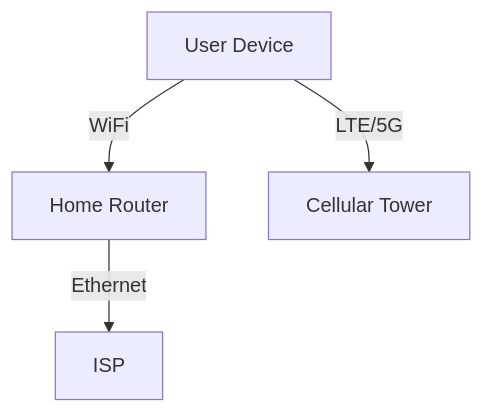
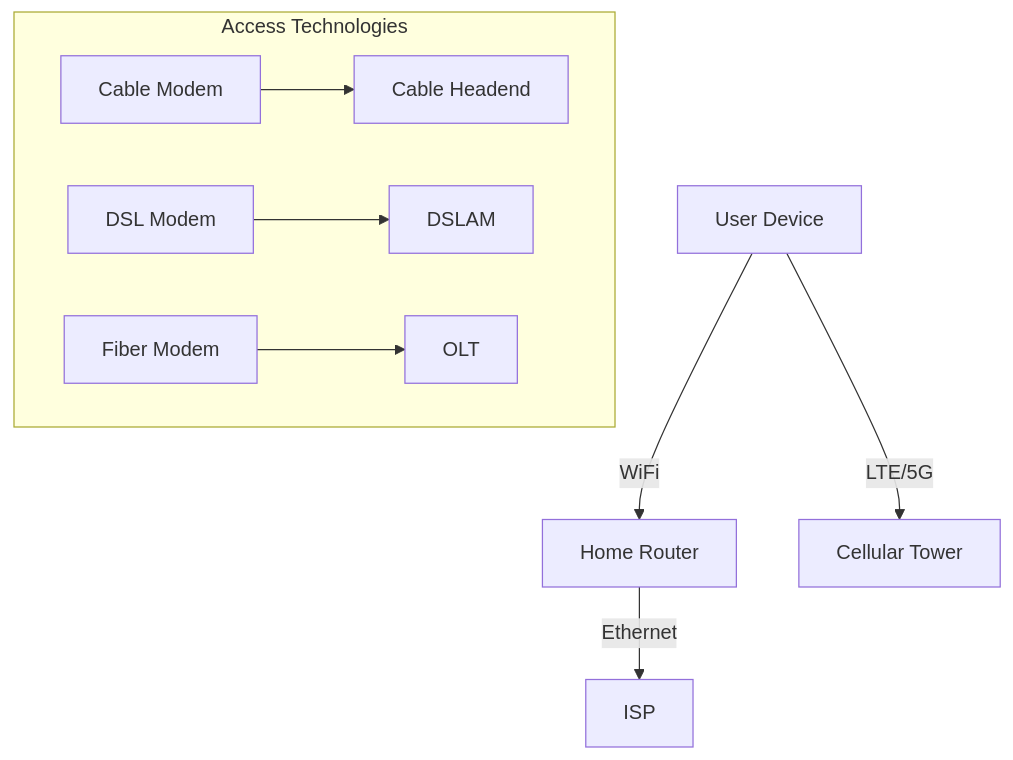
Before and after one commit to Attash2312/cntheory: the diagram in ch1/1.2_The_Network_Edge.md, drawn with Mermaid. The commit also changed other lines of this file and 79 other files, not shown here.

````diff
--- a/ch1/1.2_The_Network_Edge.md
+++ b/ch1/1.2_The_Network_Edge.md
@@ -50,6 +85,12 @@
 ```mermaid
 graph TD
   A[User Device] -- WiFi --> B[Home Router]
   A -- LTE/5G --> C[Cellular Tower]
   B -- Ethernet --> D[ISP]
+  
+  subgraph "Access Technologies"
+    E[Cable Modem] --> F[Cable Headend]
+    G[DSL Modem] --> H[DSLAM]
+    I[Fiber Modem] --> J[OLT]
+  end
 ```
````
